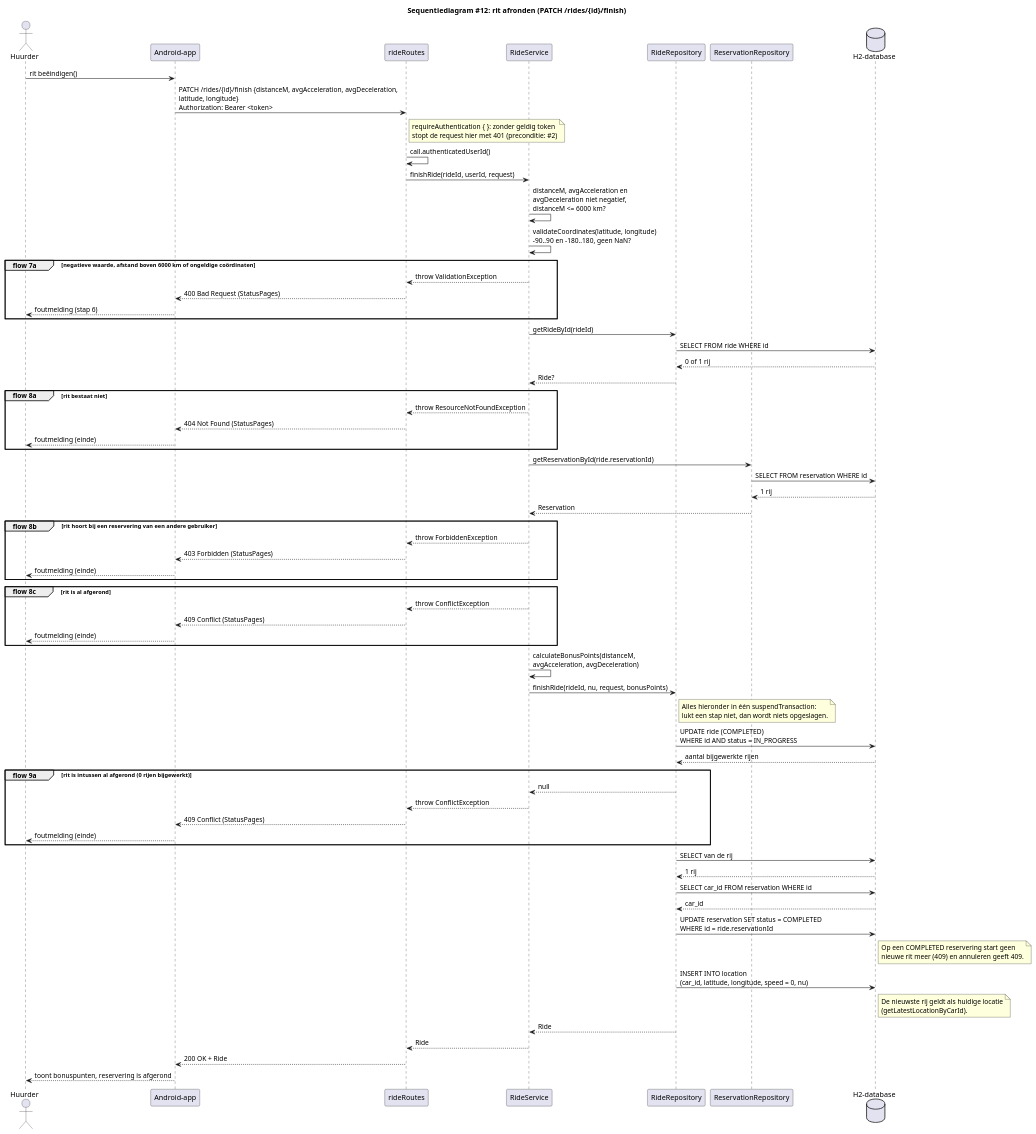
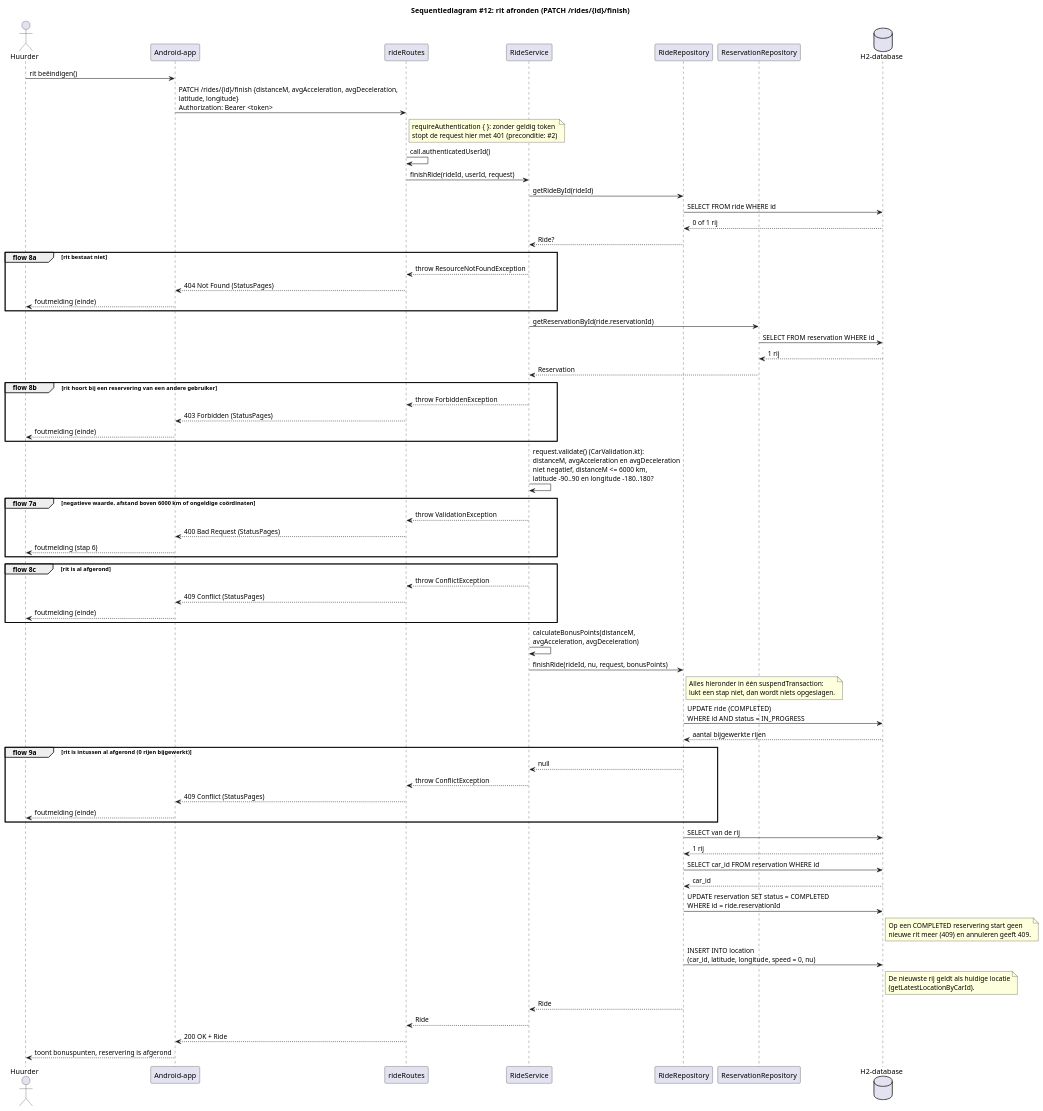
One commit to MarkPrins18/hbo-leerjaar2 changed the diagram in diagrams/sequence/FinishRide.puml. Above: the diagram before and after it, drawn with PlantUML. The commit also changed 7 other files, not shown here.

Commit message:
refactor: validatie van rit, reservering en registratie naar CarValidation; finishRide controleert eerst eigendom

```diff
--- a/diagrams/sequence/FinishRide.puml
+++ b/diagrams/sequence/FinishRide.puml
@@ -1,94 +1,93 @@
 @startuml FinishRide
 title Sequentiediagram #12: rit afronden (PATCH /rides/{id}/finish)
 
 actor Huurder as g
 participant "Android-app" as app
 participant "rideRoutes" as rt
 participant "RideService" as svc
 participant "RideRepository" as riderepo
 participant "ReservationRepository" as resrepo
 database "H2-database" as db
 
 g -> app : rit beëindigen()
 app -> rt : PATCH /rides/{id}/finish {distanceM, avgAcceleration, avgDeceleration,\nlatitude, longitude}\nAuthorization: Bearer <token>
 note right of rt
   requireAuthentication { }: zonder geldig token
   stopt de request hier met 401 (preconditie: #2)
 end note
 rt -> rt : call.authenticatedUserId()
 rt -> svc : finishRide(rideId, userId, request)
-svc -> svc : distanceM, avgAcceleration en\navgDeceleration niet negatief,\ndistanceM <= 6000 km?
-svc -> svc : validateCoordinates(latitude, longitude)\n-90..90 en -180..180, geen NaN?
-
-group flow 7a [negatieve waarde, afstand boven 6000 km of ongeldige coördinaten]
-    svc --> rt : throw ValidationException
-    rt --> app : 400 Bad Request (StatusPages)
-    app --> g : foutmelding (stap 6)
-end
-
 svc -> riderepo : getRideById(rideId)
 riderepo -> db : SELECT FROM ride WHERE id
 db --> riderepo : 0 of 1 rij
 riderepo --> svc : Ride?
 
 group flow 8a [rit bestaat niet]
     svc --> rt : throw ResourceNotFoundException
     rt --> app : 404 Not Found (StatusPages)
     app --> g : foutmelding (einde)
 end
 
 svc -> resrepo : getReservationById(ride.reservationId)
 resrepo -> db : SELECT FROM reservation WHERE id
 db --> resrepo : 1 rij
 resrepo --> svc : Reservation
 
 group flow 8b [rit hoort bij een reservering van een andere gebruiker]
     svc --> rt : throw ForbiddenException
     rt --> app : 403 Forbidden (StatusPages)
     app --> g : foutmelding (einde)
+end
+
+svc -> svc : request.validate() (CarValidation.kt):\ndistanceM, avgAcceleration en avgDeceleration\nniet negatief, distanceM <= 6000 km,\nlatitude -90..90 en longitude -180..180?
+
+group flow 7a [negatieve waarde, afstand boven 6000 km of ongeldige coördinaten]
+    svc --> rt : throw ValidationException
+    rt --> app : 400 Bad Request (StatusPages)
+    app --> g : foutmelding (stap 6)
 end
 
 group flow 8c [rit is al afgerond]
     svc --> rt : throw ConflictException
     rt --> app : 409 Conflict (StatusPages)
     app --> g : foutmelding (einde)
 end
 
 svc -> svc : calculateBonusPoints(distanceM,\navgAcceleration, avgDeceleration)
 svc -> riderepo : finishRide(rideId, nu, request, bonusPoints)
 note right of riderepo
   Alles hieronder in één suspendTransaction:
   lukt een stap niet, dan wordt niets opgeslagen.
 end note
 riderepo -> db : UPDATE ride (COMPLETED)\nWHERE id AND status = IN_PROGRESS
 db --> riderepo : aantal bijgewerkte rijen
 
 group flow 9a [rit is intussen al afgerond (0 rijen bijgewerkt)]
     riderepo --> svc : null
     svc --> rt : throw ConflictException
     rt --> app : 409 Conflict (StatusPages)
     app --> g : foutmelding (einde)
 end
 
 riderepo -> db : SELECT van de rij
 db --> riderepo : 1 rij
 riderepo -> db : SELECT car_id FROM reservation WHERE id
 db --> riderepo : car_id
 riderepo -> db : UPDATE reservation SET status = COMPLETED\nWHERE id = ride.reservationId
 note right of db
   Op een COMPLETED reservering start geen
   nieuwe rit meer (409) en annuleren geeft 409.
 end note
 
 riderepo -> db : INSERT INTO location\n(car_id, latitude, longitude, speed = 0, nu)
 note right of db
   De nieuwste rij geldt als huidige locatie
   (getLatestLocationByCarId).
 end note
 riderepo --> svc : Ride
 
 svc --> rt : Ride
 rt --> app : 200 OK + Ride
 app --> g : toont bonuspunten, reservering is afgerond
 
 @enduml
```
